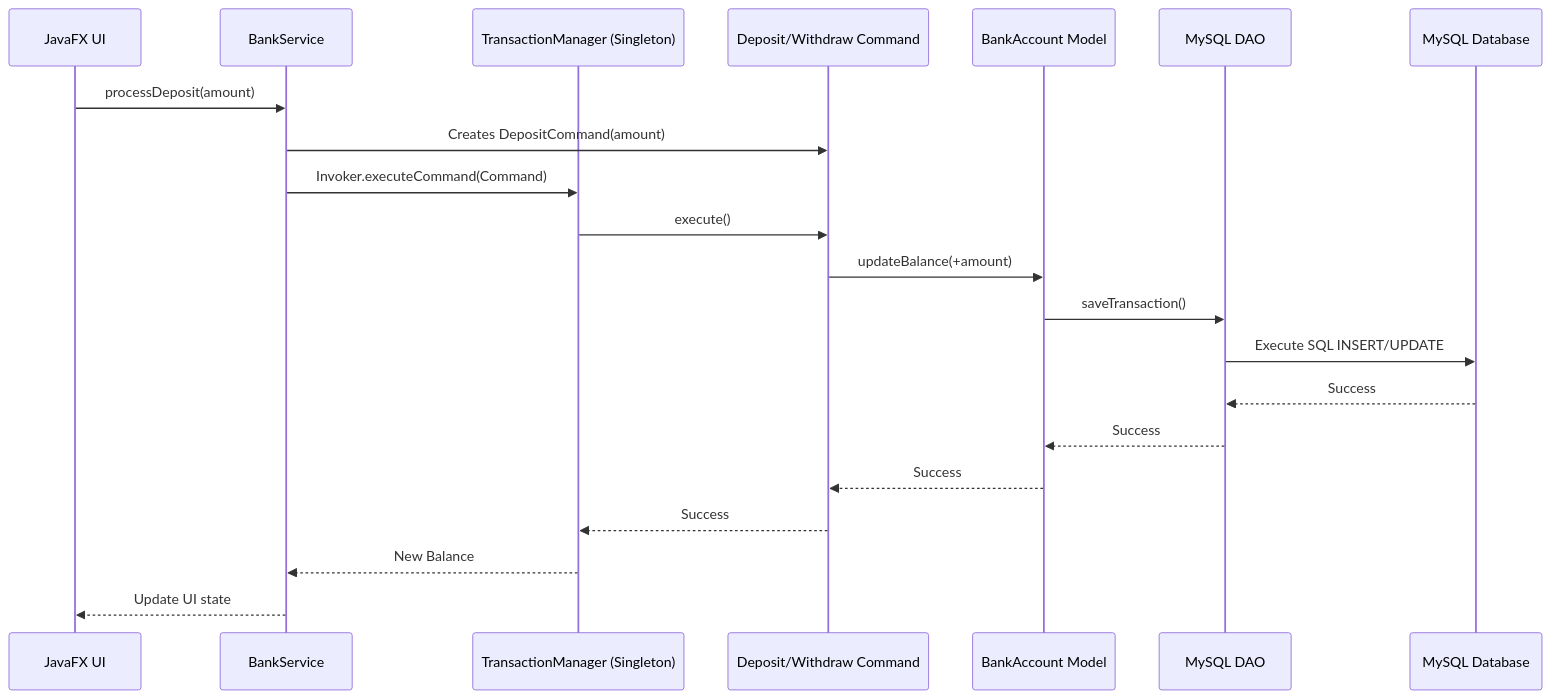
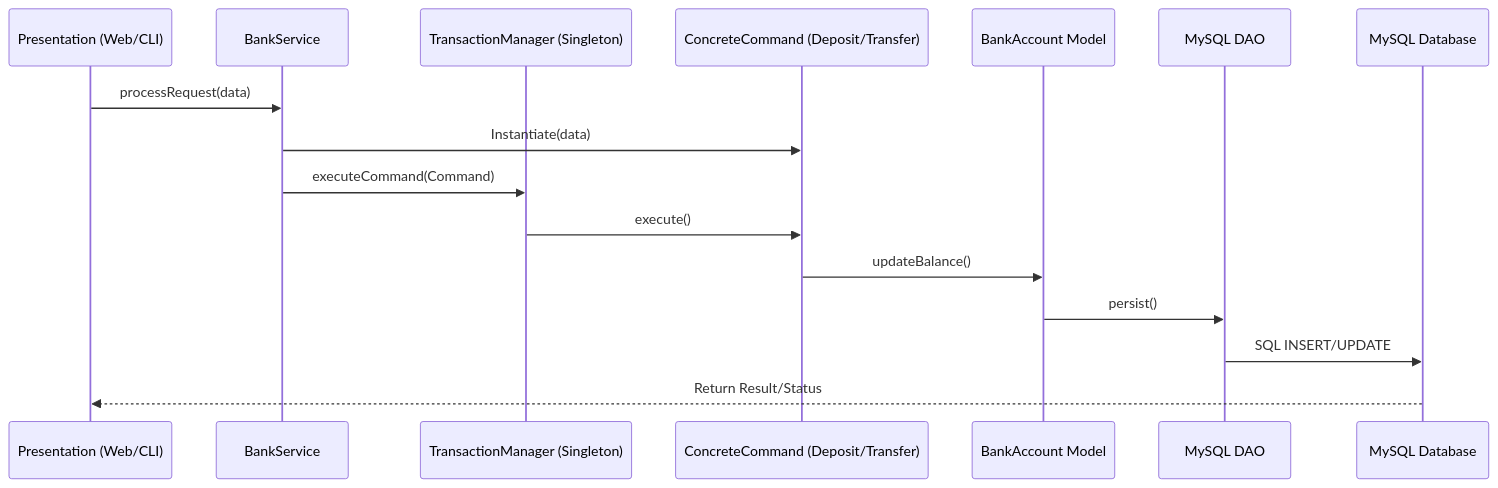
The diagram in Bank-Transaction/readme.md (Nehimi/BANK-TRANSACTION-SAD-PROJECT), drawn with Mermaid before and after one commit. The commit also changed other lines of this file and 15 other files, not shown here.

````diff
--- a/Bank-Transaction/readme.md
+++ b/Bank-Transaction/readme.md
@@ -56,24 +60,19 @@
 ```mermaid
 sequenceDiagram
-    participant UI as JavaFX UI
+    participant UI as Presentation (Web/CLI)
     participant Service as BankService
     participant Invoker as TransactionManager (Singleton)
-    participant Command as Deposit/Withdraw Command
+    participant Command as ConcreteCommand (Deposit/Transfer)
     participant Receiver as BankAccount Model
     participant DAO as MySQL DAO
     participant DB as MySQL Database
 
-    UI->>Service: processDeposit(amount)
-    Service->>Command: Creates DepositCommand(amount)
-    Service->>Invoker: Invoker.executeCommand(Command)
+    UI->>Service: processRequest(data)
+    Service->>Command: Instantiate(data)
+    Service->>Invoker: executeCommand(Command)
     Invoker->>Command: execute()
-    Command->>Receiver: updateBalance(+amount)
-    Receiver->>DAO: saveTransaction()
-    DAO->>DB: Execute SQL INSERT/UPDATE
-    DB-->>DAO: Success
-    DAO-->>Receiver: Success
-    Receiver-->>Command: Success
-    Command-->>Invoker: Success
-    Invoker-->>Service: New Balance
-    Service-->>UI: Update UI state
+    Command->>Receiver: updateBalance()
+    Receiver->>DAO: persist()
+    DAO->>DB: SQL INSERT/UPDATE
+    DB-->>UI: Return Result/Status
 ```
````
